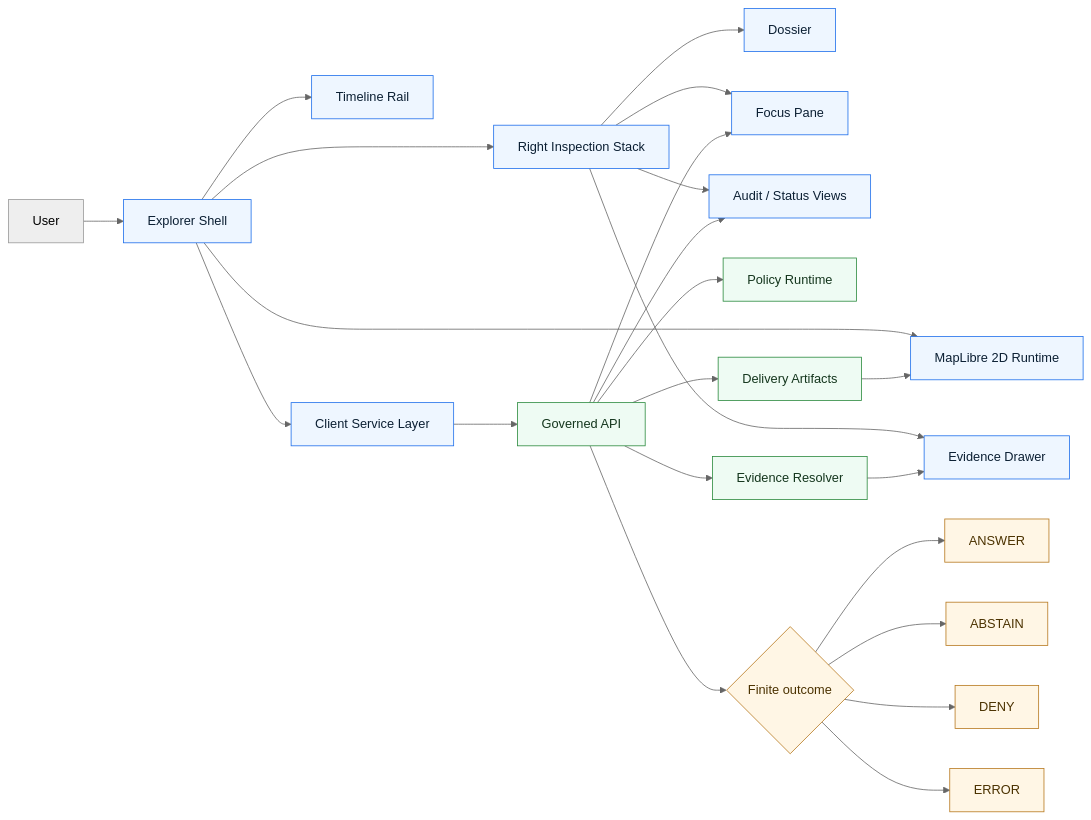
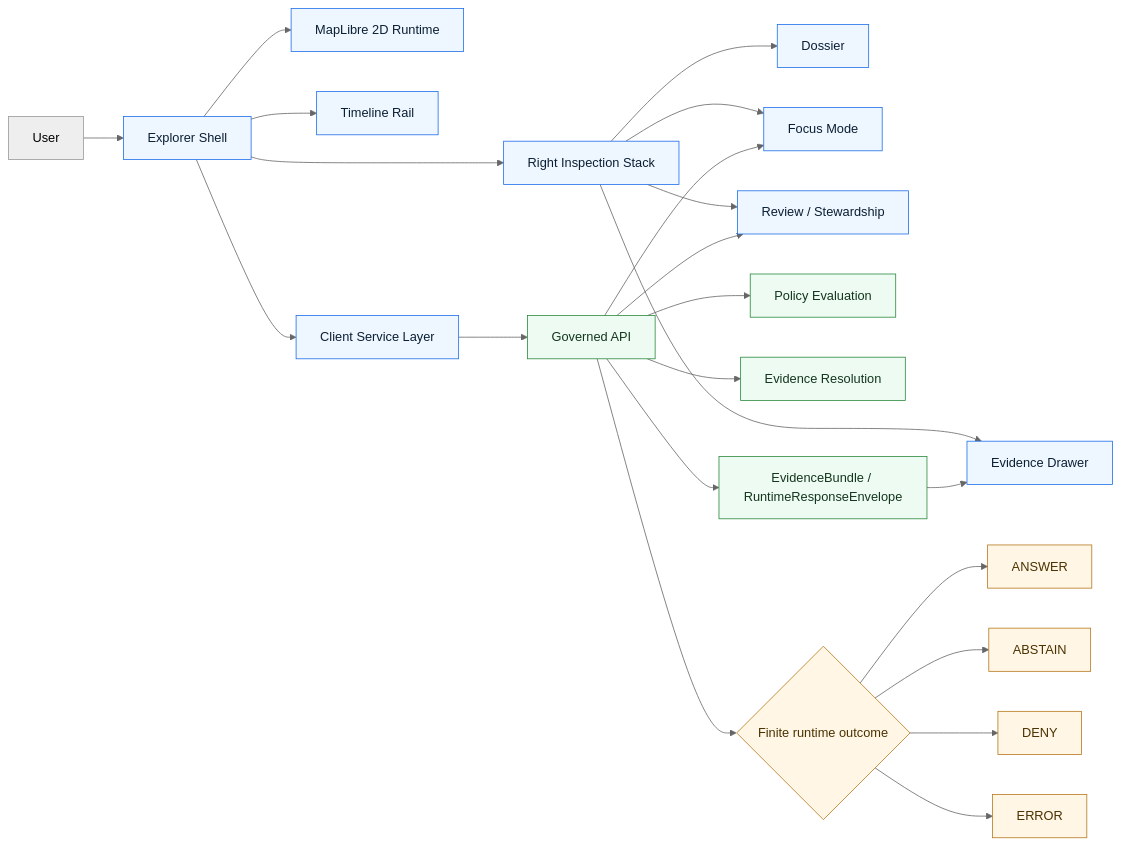
The diagram in apps/explorer-web/README.md (bartytime4life/Kansas-Frontier-Matrix), drawn with Mermaid (neutral theme) before and after one commit. The commit also changed other lines of this file, not shown here.

````diff
--- a/apps/explorer-web/README.md
+++ b/apps/explorer-web/README.md
@@ -397,38 +320,37 @@
 ```mermaid
 flowchart LR
     U[User] --> S[Explorer Shell]
     S --> M[MapLibre 2D Runtime]
     S --> T[Timeline Rail]
     S --> R[Right Inspection Stack]
 
     R --> D[Dossier]
     R --> E[Evidence Drawer]
-    R --> F[Focus Pane]
-    R --> A[Audit / Status Views]
+    R --> F[Focus Mode]
+    R --> V[Review / Stewardship]
 
     S --> C[Client Service Layer]
     C --> API[Governed API]
 
-    API --> POL[Policy Runtime]
-    API --> EVR[Evidence Resolver]
-    API --> DEL[Delivery Artifacts]
-    API --> OUT{Finite outcome}
+    API --> P[Policy Evaluation]
+    API --> ER[Evidence Resolution]
+    API --> O{Finite runtime outcome}
 
-    OUT --> OK[ANSWER]
-    OUT --> AB[ABSTAIN]
-    OUT --> DN[DENY]
-    OUT --> ER[ERROR]
+    O --> A[ANSWER]
+    O --> B[ABSTAIN]
+    O --> N[DENY]
+    O --> X[ERROR]
 
-    DEL --> M
-    EVR --> E
+    API --> BND[EvidenceBundle / RuntimeResponseEnvelope]
+    BND --> E
     API --> F
-    API --> A
+    API --> V
 
     classDef shell fill:#eef6ff,stroke:#1f6feb,color:#0b1f33;
     classDef governed fill:#eefbf3,stroke:#2b8a3e,color:#14361d;
     classDef caution fill:#fff6e5,stroke:#b7791f,color:#4b3200;
 
-    class S,M,T,R,D,E,F,A,C shell;
-    class API,POL,EVR,DEL governed;
-    class OUT,OK,AB,DN,ER caution;
+    class S,M,T,R,D,E,F,V,C shell;
+    class API,P,ER,BND governed;
+    class O,A,B,N,X caution;
 ```
````
